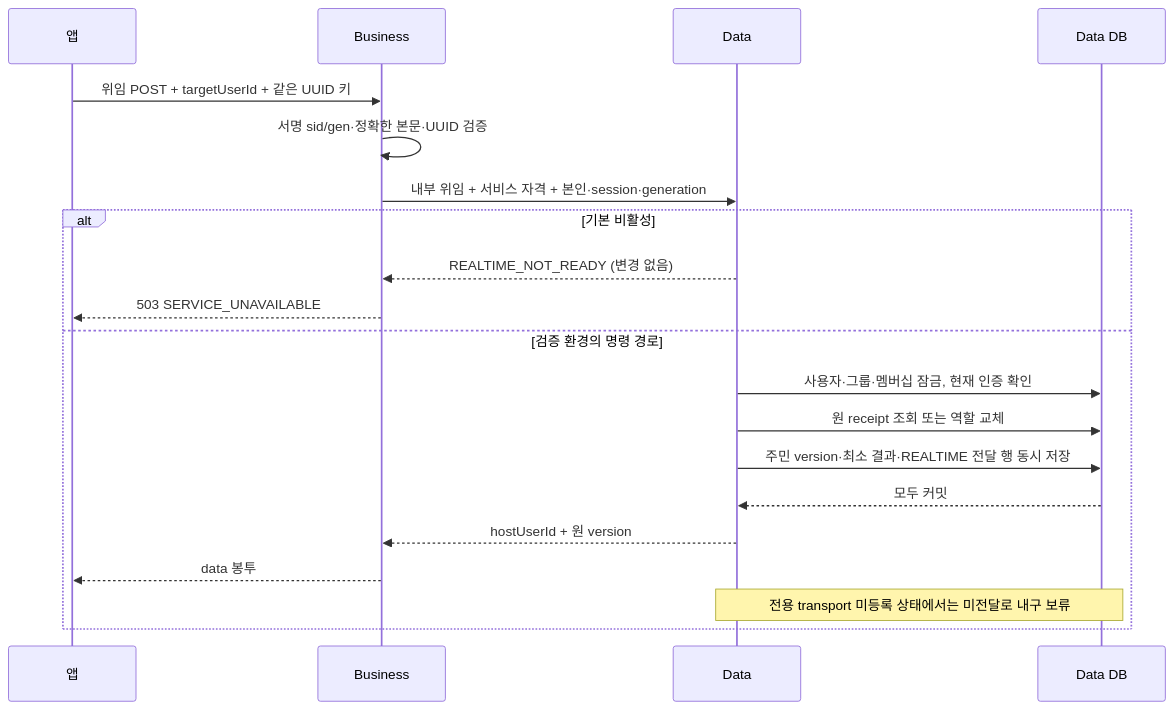
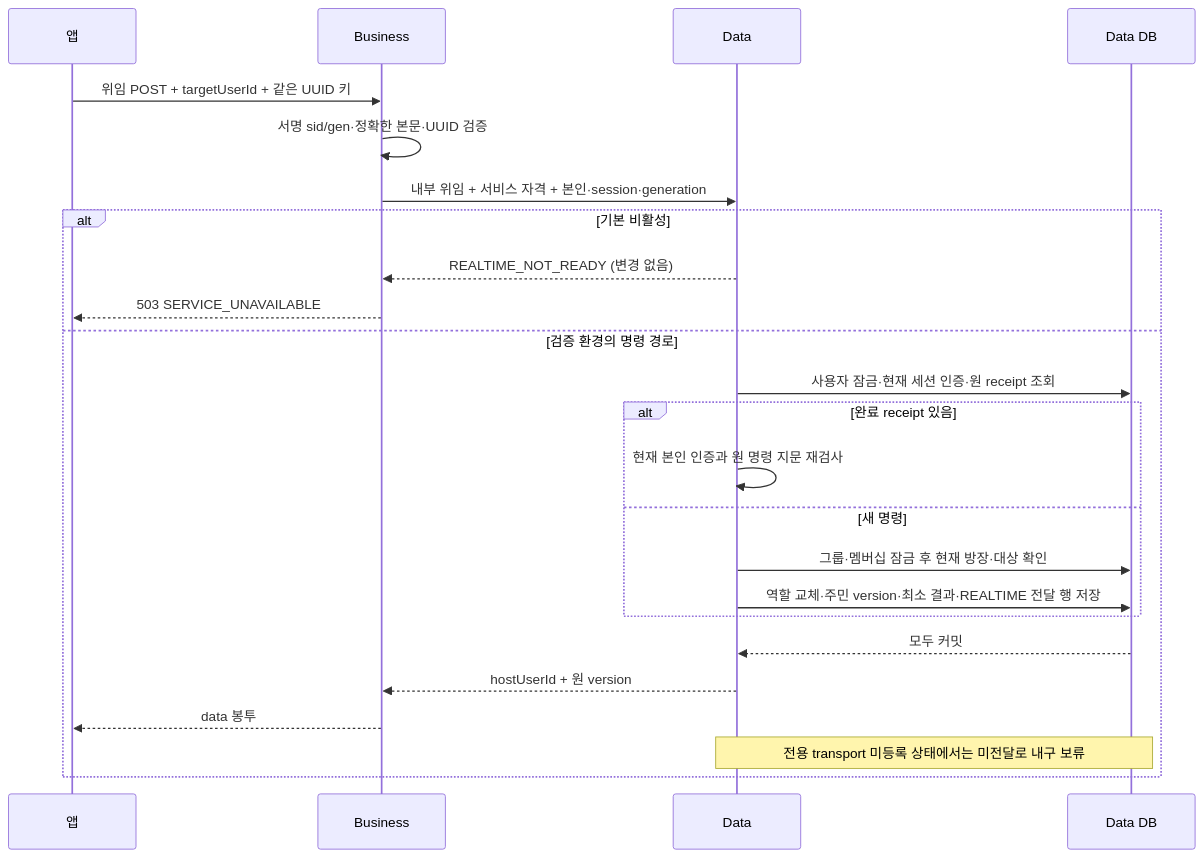
Before and after one commit to OneOrThree/phone: the ninth of 9 diagrams in server/business-api/README.md, drawn with Mermaid. The commit also changed other lines of this file, not shown here.

Commit message:
[DOCS] GROMO-1762 완료 재생 순서와 실시간 보류 운영 기록

````diff
--- a/server/business-api/README.md
+++ b/server/business-api/README.md
@@ -856,22 +856,26 @@
 ```mermaid
 sequenceDiagram
     participant App as 앱
     participant B as Business
     participant D as Data
     participant DB as Data DB
     App->>B: 위임 POST + targetUserId + 같은 UUID 키
     B->>B: 서명 sid/gen·정확한 본문·UUID 검증
     B->>D: 내부 위임 + 서비스 자격 + 본인·session·generation
     alt 기본 비활성
         D-->>B: REALTIME_NOT_READY (변경 없음)
         B-->>App: 503 SERVICE_UNAVAILABLE
     else 검증 환경의 명령 경로
-        D->>DB: 사용자·그룹·멤버십 잠금, 현재 인증 확인
-        D->>DB: 원 receipt 조회 또는 역할 교체
-        D->>DB: 주민 version·최소 결과·REALTIME 전달 행 동시 저장
+        D->>DB: 사용자 잠금·현재 세션 인증·원 receipt 조회
+        alt 완료 receipt 있음
+            D->>D: 현재 본인 인증과 원 명령 지문 재검사
+        else 새 명령
+            D->>DB: 그룹·멤버십 잠금 후 현재 방장·대상 확인
+            D->>DB: 역할 교체·주민 version·최소 결과·REALTIME 전달 행 저장
+        end
         DB-->>D: 모두 커밋
         D-->>B: hostUserId + 원 version
         B-->>App: data 봉투
         Note over D,DB: 전용 transport 미등록 상태에서는 미전달로 내구 보류
     end
 ```
````
